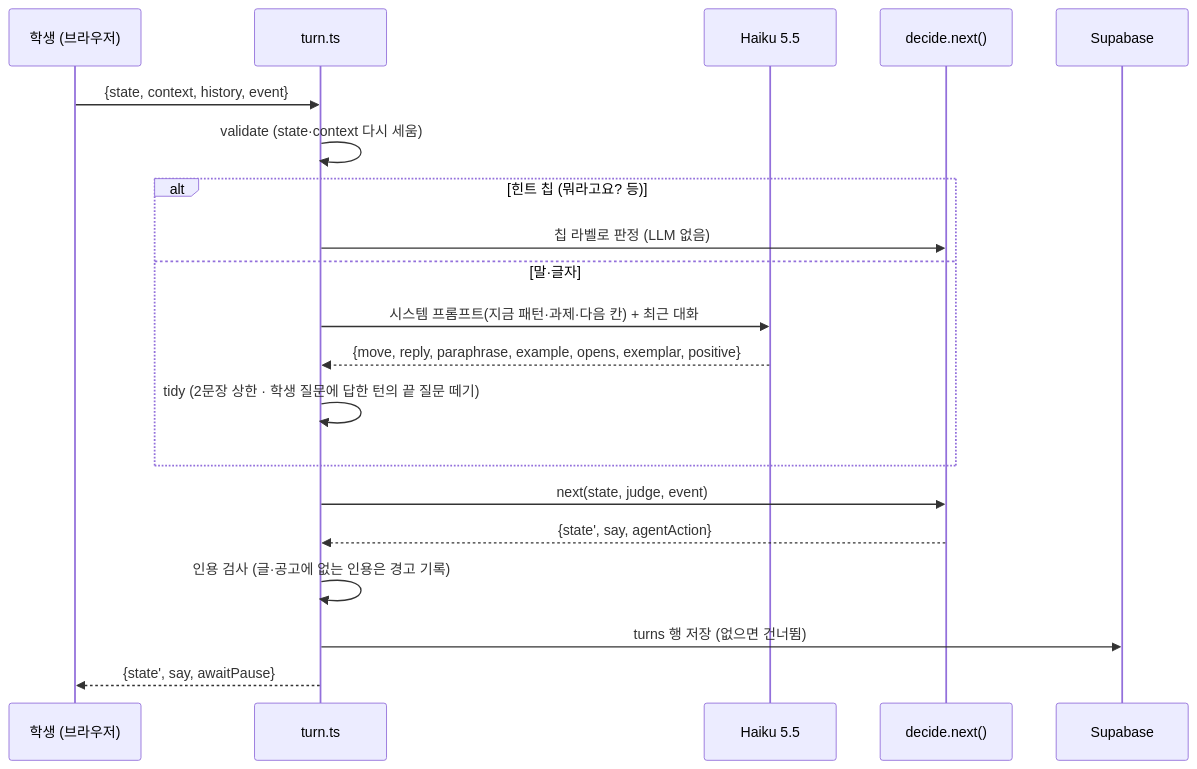
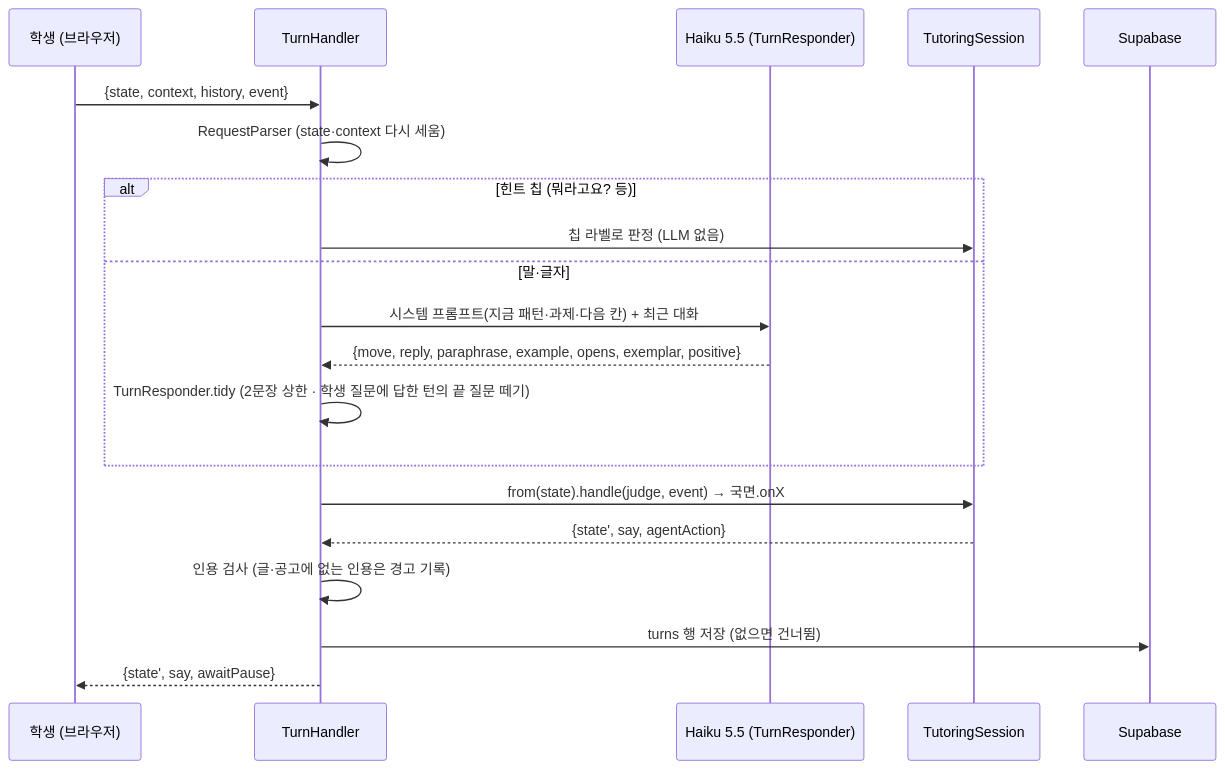
One commit to SogangCAAI/sogangwritemate_v0.3 changed the diagram in ARCHITECTURE.md. Above: the diagram before and after it, drawn with Mermaid. The commit also changed other lines of this file and 78 other files, not shown here.

````diff
--- a/ARCHITECTURE.md
+++ b/ARCHITECTURE.md
@@ -49,22 +49,22 @@
 ```mermaid
 sequenceDiagram
   participant S as 학생 (브라우저)
-  participant T as turn.ts
-  participant H as Haiku 5.5
-  participant D as decide.next()
+  participant T as TurnHandler
+  participant H as Haiku 5.5 (TurnResponder)
+  participant D as TutoringSession
   participant DB as Supabase
   S->>T: {state, context, history, event}
-  T->>T: validate (state·context 다시 세움)
+  T->>T: RequestParser (state·context 다시 세움)
   alt 힌트 칩 (뭐라고요? 등)
     T->>D: 칩 라벨로 판정 (LLM 없음)
   else 말·글자
     T->>H: 시스템 프롬프트(지금 패턴·과제·다음 칸) + 최근 대화
     H-->>T: {move, reply, paraphrase, example, opens, exemplar, positive}
-    T->>T: tidy (2문장 상한 · 학생 질문에 답한 턴의 끝 질문 떼기)
+    T->>T: TurnResponder.tidy (2문장 상한 · 학생 질문에 답한 턴의 끝 질문 떼기)
   end
-  T->>D: next(state, judge, event)
+  T->>D: from(state).handle(judge, event) → 국면.onX
   D-->>T: {state', say, agentAction}
   T->>T: 인용 검사 (글·공고에 없는 인용은 경고 기록)
   T->>DB: turns 행 저장 (없으면 건너뜀)
   T-->>S: {state', say, awaitPause}
 ```
````
